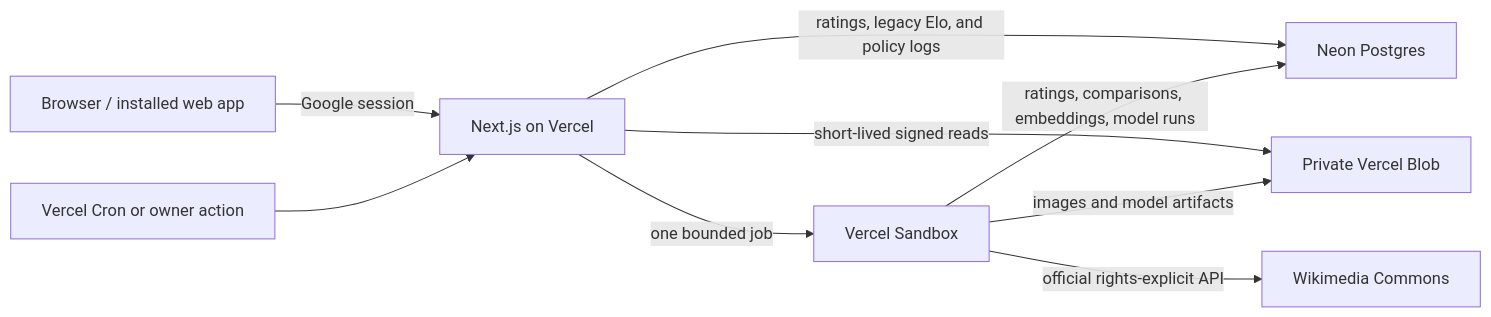
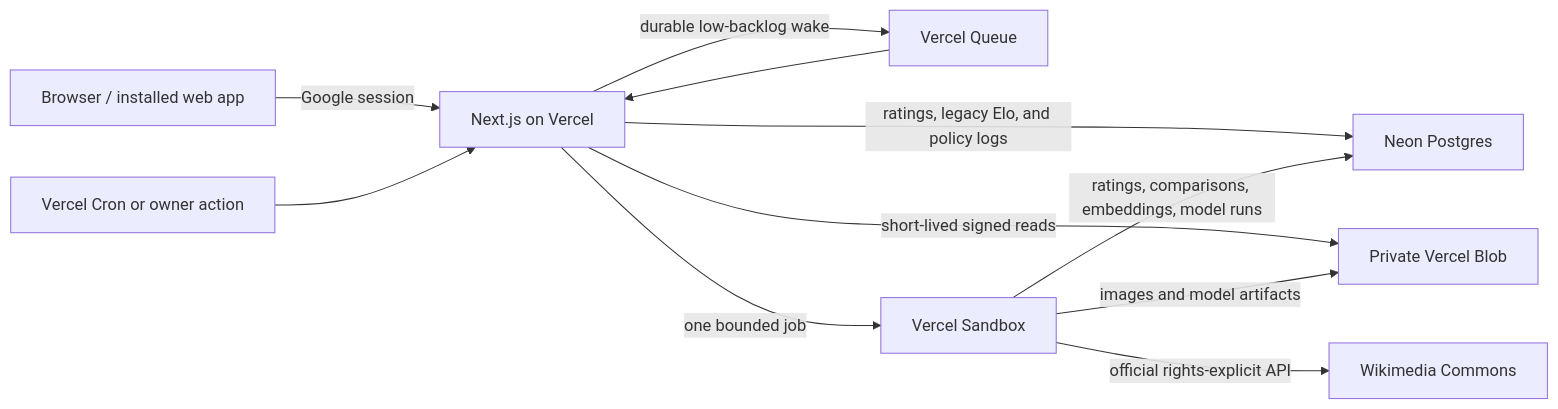
Before and after one commit to aidanmclaughlin/image-ranker: the diagram in README.md, drawn with Mermaid. The commit also changed other lines of this file and 21 other files, not shown here.

````diff
--- a/README.md
+++ b/README.md
@@ -22,11 +22,13 @@
 ```mermaid
 flowchart LR
     Browser["Browser / installed web app"] -->|"Google session"| Next["Next.js on Vercel"]
     Next -->|"ratings, legacy Elo, and policy logs"| Neon["Neon Postgres"]
     Next -->|"short-lived signed reads"| Blob["Private Vercel Blob"]
+    Next -->|"durable low-backlog wake"| Queue["Vercel Queue"]
+    Queue --> Next
     Cron["Vercel Cron or owner action"] --> Next
     Next -->|"one bounded job"| Sandbox["Vercel Sandbox"]
     Sandbox -->|"ratings, comparisons, embeddings, model runs"| Neon
     Sandbox -->|"images and model artifacts"| Blob
     Sandbox -->|"official rights-explicit API"| Commons["Wikimedia Commons"]
 ```
````
